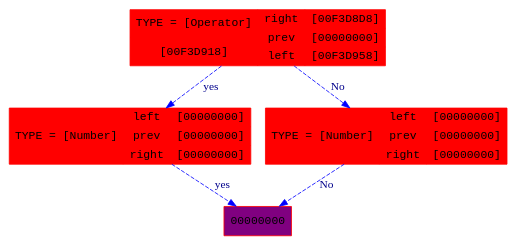
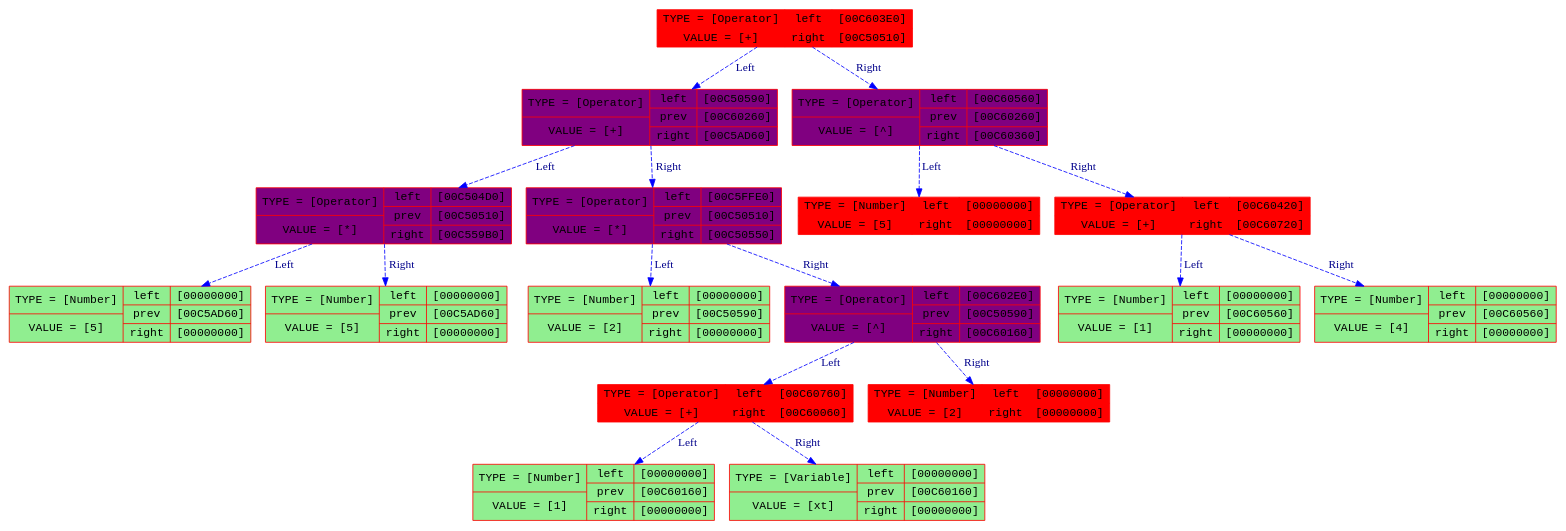
One commit to Hollbrok/Differentiator changed the diagram in exe and txt-files/dump.dot. Above: the diagram before and after it, drawn with Graphviz. The commit also changed 7 other files, not shown here.

```diff
--- a/exe and txt-files/dump.dot
+++ b/exe and txt-files/dump.dot
@@ -1,11 +1,37 @@
 digraph differenciator {
 node [color = Red, fontname = Courier, style = filled, shape=record, fillcolor = purple]
 edge [color = Blue, style=dashed]
-"00F3D958" [label = "<f0> TYPE = [Number] | {<f1> left| <here> prev| right}| {<f2> [00000000]| [00000000]| [00000000]}",style = filled, fillcolor = red] 
-"00F3D918" -> "00F3D958" [label="yes", fontcolor=darkblue]
-"00F3D958" -> "00000000" [label="yes", fontcolor=darkblue]
-"00F3D8D8" [label = "<f0> TYPE = [Number] | {<f1> left| <here> prev| right}| {<f2> [00000000]| [00000000]| [00000000]}",style = filled, fillcolor = red] 
-"00F3D918" -> "00F3D8D8" [label="No", fontcolor=darkblue]
-"00F3D8D8" -> "00000000" [label="No", fontcolor=darkblue]
-"00F3D918" [label = "{<f0> TYPE = [Operator] | <here> [00F3D918]} | {<f1> right| <here> prev| left}| {<f2> [00F3D8D8]| [00000000]| [00F3D958]}",style = filled, fillcolor = red] 
+"00C559B0" [label = "{<f0> TYPE = [Number] | VALUE = [5]}| {<f1> left| <here> prev| right}| {<f2> [00000000]| [00C5AD60]| [00000000]}",style = filled, fillcolor = lightgreen] 
+"00C5AD60" -> "00C559B0" [label="Left", fontcolor=darkblue]
+"00C504D0" [label = "{<f0> TYPE = [Number] | VALUE = [5]}| {<f1> left| <here> prev| right}| {<f2> [00000000]| [00C5AD60]| [00000000]}",style = filled, fillcolor = lightgreen] 
+"00C5AD60" -> "00C504D0" [label="Right", fontcolor=darkblue]
+"00C5AD60" [label = "{<f0> TYPE = [Operator] | VALUE = [*]}| {<f1> left| <here> prev| right}| {<f2> [00C504D0]| [00C50510]| [00C559B0]}",style = filled, fillcolor = purple] 
+"00C50510" -> "00C5AD60" [label="Left", fontcolor=darkblue]
+"00C50550" [label = "{<f0> TYPE = [Number] | VALUE = [2]}| {<f1> left| <here> prev| right}| {<f2> [00000000]| [00C50590]| [00000000]}",style = filled, fillcolor = lightgreen] 
+"00C50590" -> "00C50550" [label="Left", fontcolor=darkblue]
+"00C60060" [label = "{<f0> TYPE = [Number] | VALUE = [1]}| {<f1> left| <here> prev| right}| {<f2> [00000000]| [00C60160]| [00000000]}",style = filled, fillcolor = lightgreen] 
+"00C60160" -> "00C60060" [label="Left", fontcolor=darkblue]
+"00C60760" [label = "{<f0> TYPE = [Variable] | VALUE = [xt]}| {<f1> left| <here> prev| right}| {<f2> [00000000]| [00C60160]| [00000000]}",style = filled, fillcolor = lightgreen] 
+"00C60160" -> "00C60760" [label="Right", fontcolor=darkblue]
+"00C60160" [label = "{<f0> TYPE = [Operator] | VALUE = [+]}| {<f1> left| right}| {<f2> [00C60760]| [00C60060]}",style = filled, fillcolor = red] 
+"00C5FFE0" -> "00C60160" [label="Left", fontcolor=darkblue]
+"00C602E0" [label = "{<f0> TYPE = [Number] | VALUE = [2]}| {<f1> left| right}| {<f2> [00000000]| [00000000]}",style = filled, fillcolor = red] 
+"00C5FFE0" -> "00C602E0" [label="Right", fontcolor=darkblue]
+"00C5FFE0" [label = "{<f0> TYPE = [Operator] | VALUE = [^]}| {<f1> left| <here> prev| right}| {<f2> [00C602E0]| [00C50590]| [00C60160]}",style = filled, fillcolor = purple] 
+"00C50590" -> "00C5FFE0" [label="Right", fontcolor=darkblue]
+"00C50590" [label = "{<f0> TYPE = [Operator] | VALUE = [*]}| {<f1> left| <here> prev| right}| {<f2> [00C5FFE0]| [00C50510]| [00C50550]}",style = filled, fillcolor = purple] 
+"00C50510" -> "00C50590" [label="Right", fontcolor=darkblue]
+"00C50510" [label = "{<f0> TYPE = [Operator] | VALUE = [+]}| {<f1> left| <here> prev| right}| {<f2> [00C50590]| [00C60260]| [00C5AD60]}",style = filled, fillcolor = purple] 
+"00C60260" -> "00C50510" [label="Left", fontcolor=darkblue]
+"00C60360" [label = "{<f0> TYPE = [Number] | VALUE = [5]}| {<f1> left| right}| {<f2> [00000000]| [00000000]}",style = filled, fillcolor = red] 
+"00C603E0" -> "00C60360" [label="Left", fontcolor=darkblue]
+"00C60720" [label = "{<f0> TYPE = [Number] | VALUE = [1]}| {<f1> left| <here> prev| right}| {<f2> [00000000]| [00C60560]| [00000000]}",style = filled, fillcolor = lightgreen] 
+"00C60560" -> "00C60720" [label="Left", fontcolor=darkblue]
+"00C60420" [label = "{<f0> TYPE = [Number] | VALUE = [4]}| {<f1> left| <here> prev| right}| {<f2> [00000000]| [00C60560]| [00000000]}",style = filled, fillcolor = lightgreen] 
+"00C60560" -> "00C60420" [label="Right", fontcolor=darkblue]
+"00C60560" [label = "{<f0> TYPE = [Operator] | VALUE = [+]}| {<f1> left| right}| {<f2> [00C60420]| [00C60720]}",style = filled, fillcolor = red] 
+"00C603E0" -> "00C60560" [label="Right", fontcolor=darkblue]
+"00C603E0" [label = "{<f0> TYPE = [Operator] | VALUE = [^]}| {<f1> left| <here> prev| right}| {<f2> [00C60560]| [00C60260]| [00C60360]}",style = filled, fillcolor = purple] 
+"00C60260" -> "00C603E0" [label="Right", fontcolor=darkblue]
+"00C60260" [label = "{<f0> TYPE = [Operator] | VALUE = [+]}| {<f1> left| right}| {<f2> [00C603E0]| [00C50510]}",style = filled, fillcolor = red] 
 }
```
